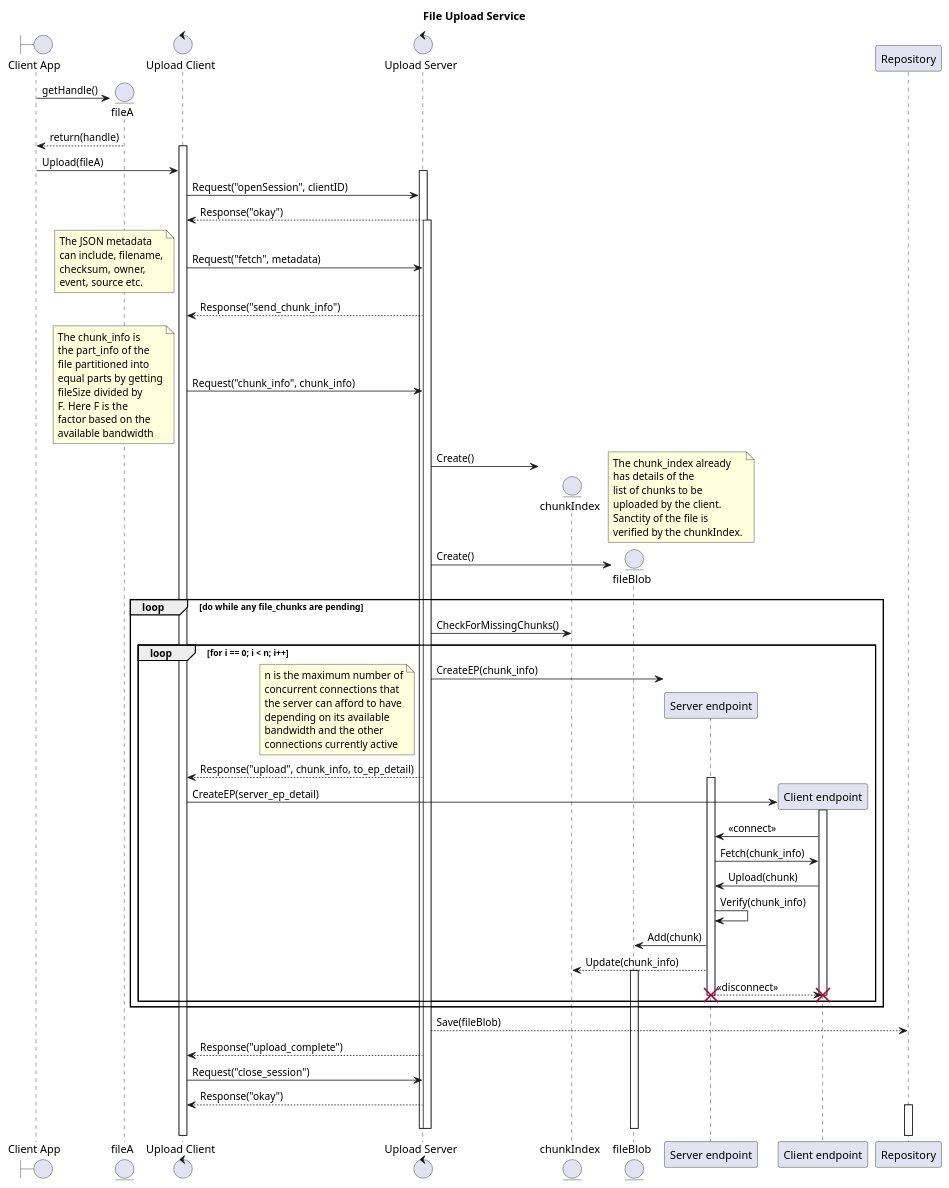
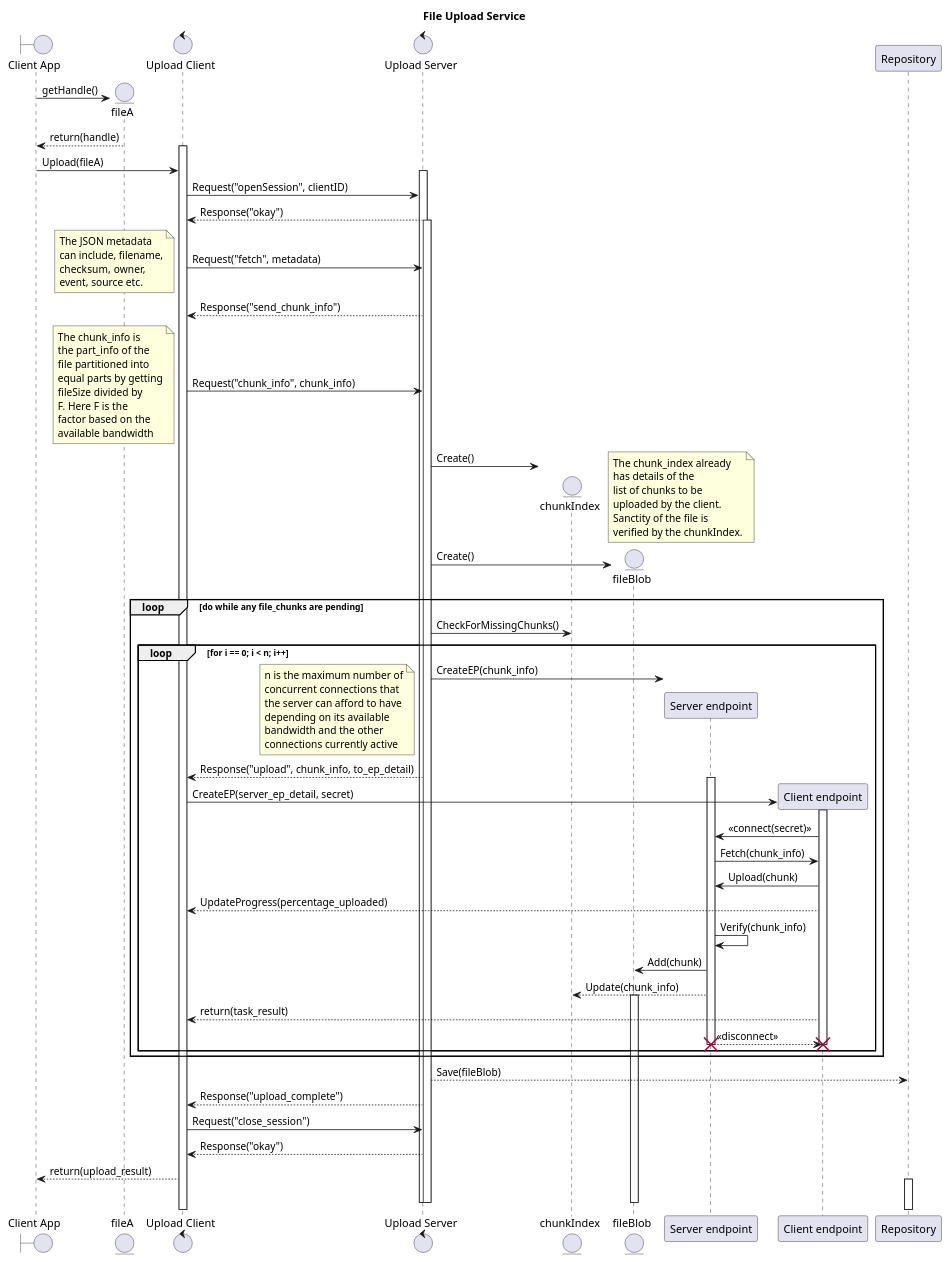
Before and after one commit to manish-drake/sportspiparch: the diagram in uploader.puml, drawn with PlantUML. The commit also changed 8 other files, not shown here.

Commit message:
diagrams for mobile ans sprint

```diff
--- a/uploader.puml
+++ b/uploader.puml
@@ -1,91 +1,94 @@
 title File Upload Service
 
 
 boundary "Client App" as app
 create entity fileA
 app -> fileA: getHandle()
 fileA --> app: return(handle)
 
 control "Upload Client" as client
 activate client
 app -> client: Upload(fileA)
 
 control "Upload Server" as server
 activate server
 client -> server: Request("openSession", clientID)
 server --> client: Response("okay")
 activate server
 client -> server:Request("fetch", metadata)
 note left
     The JSON metadata  
     can include, filename,
     checksum, owner, 
     event, source etc.
 end note 
 server --> client:Response("send_chunk_info")
 client -> server: Request("chunk_info", chunk_info)
 note left
     The chunk_info is
     the part_info of the 
     file partitioned into
     equal parts by getting
     fileSize divided by 
     F. Here F is the
     factor based on the 
     available bandwidth
 end note
 create entity chunkIndex
 server -> chunkIndex: Create()
 note right
     The chunk_index already
     has details of the 
     list of chunks to be 
     uploaded by the client.
     Sanctity of the file is
     verified by the chunkIndex.
 end note
 
 create entity fileBlob
 server -> fileBlob: Create()
 
 
 loop do while any file_chunks are pending
     server -> chunkIndex: CheckForMissingChunks()
     loop for i == 0; i < n; i++
         create "Server endpoint" as srvep
         server -> srvep: CreateEP(chunk_info)
         note left
             n is the maximum number of
             concurrent connections that
             the server can afford to have
             depending on its available 
             bandwidth and the other 
             connections currently active 
         end note
         server --> client: Response("upload", chunk_info, to_ep_detail)
         activate srvep
 
         create "Client endpoint" as clnep
-        client -> clnep: CreateEP(server_ep_detail)
+        client -> clnep: CreateEP(server_ep_detail, secret)
         activate clnep
-        clnep -> srvep: << connect >>
+        clnep -> srvep: << connect(secret) >>
         srvep -> clnep: Fetch(chunk_info)
         clnep -> srvep: Upload(chunk)
+        clnep --> client: UpdateProgress(percentage_uploaded)
         srvep -> srvep: Verify(chunk_info)
         srvep -> fileBlob: Add(chunk)
         srvep --> chunkIndex: Update(chunk_info)
         activate fileBlob
+        clnep --> client: return(task_result)
         srvep --> clnep: << disconnect >>
         destroy clnep
         destroy srvep
     end        
 end
 server --> Repository:Save(fileBlob)
 server --> client:Response("upload_complete")
 client -> server: Request("close_session")
 server --> client: Response("okay")
+client --> app: return(upload_result)
 activate Repository
 deactivate server
 deactivate chunkIndex
 deactivate fileBlob
 deactivate server
```
